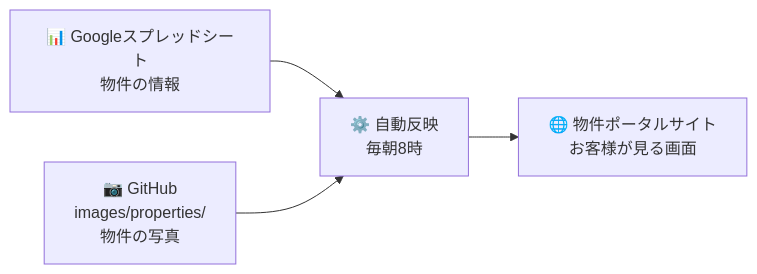
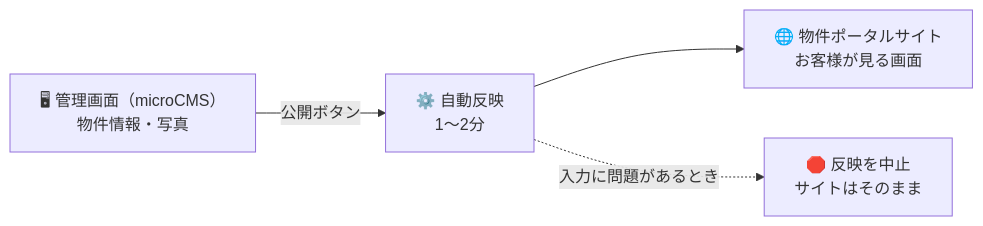
Before and after one commit to eiichiromukai-tech/ai-lp: the diagram in MANUAL.md, drawn with Mermaid. The commit also changed other lines of this file and 12 other files, not shown here.

````diff
--- a/MANUAL.md
+++ b/MANUAL.md
@@ -37,6 +37,6 @@
 ```mermaid
 flowchart LR
-    A["📊 Googleスプレッドシート<br/>物件の情報"] --> C
-    B["📷 GitHub<br/>images/properties/<br/>物件の写真"] --> C
-    C["⚙️ 自動反映<br/>毎朝8時"] --> D["🌐 物件ポータルサイト<br/>お客様が見る画面"]
+    A["🖥 管理画面（microCMS）<br/>物件情報・写真"] -->|公開ボタン| B["⚙️ 自動反映<br/>1〜2分"]
+    B --> C["🌐 物件ポータルサイト<br/>お客様が見る画面"]
+    B -.->|入力に問題があるとき| D["🛑 反映を中止<br/>サイトはそのまま"]
 ```
````
